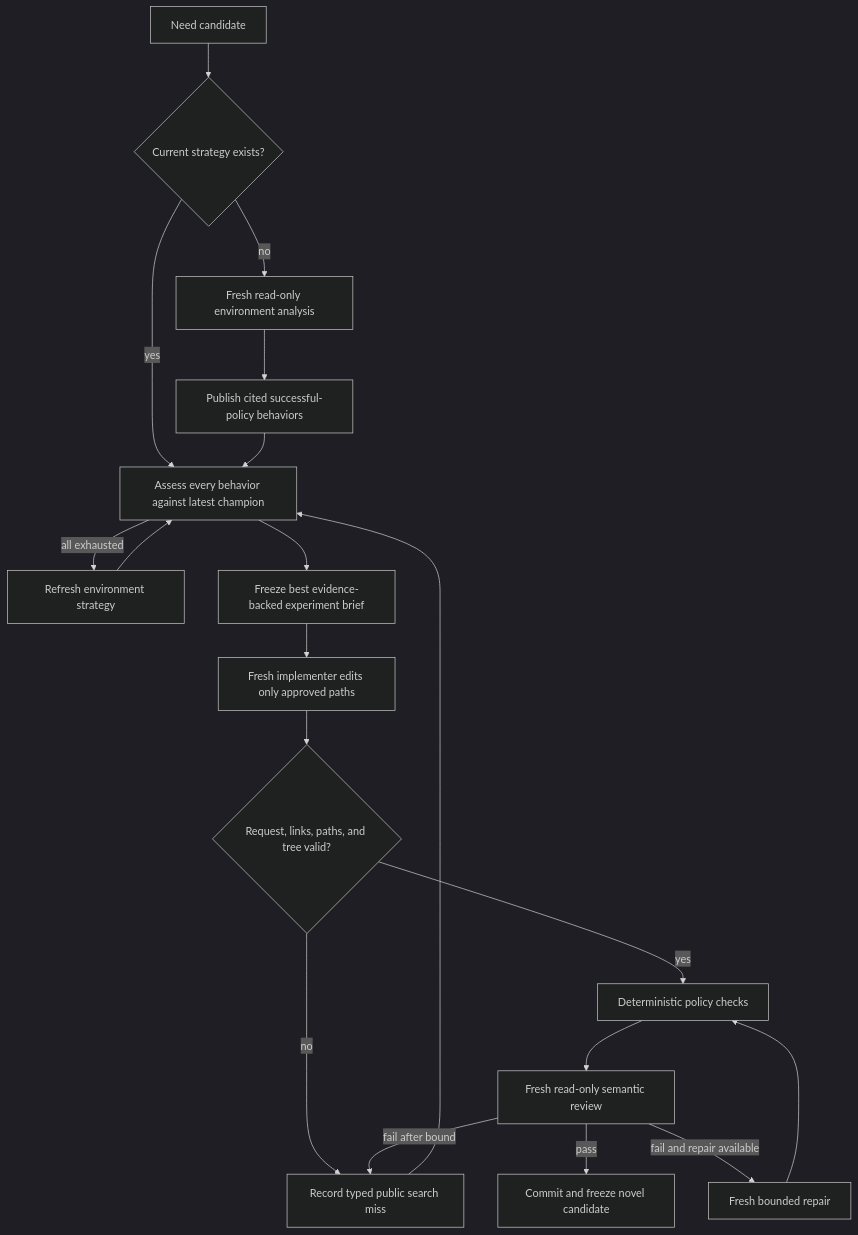
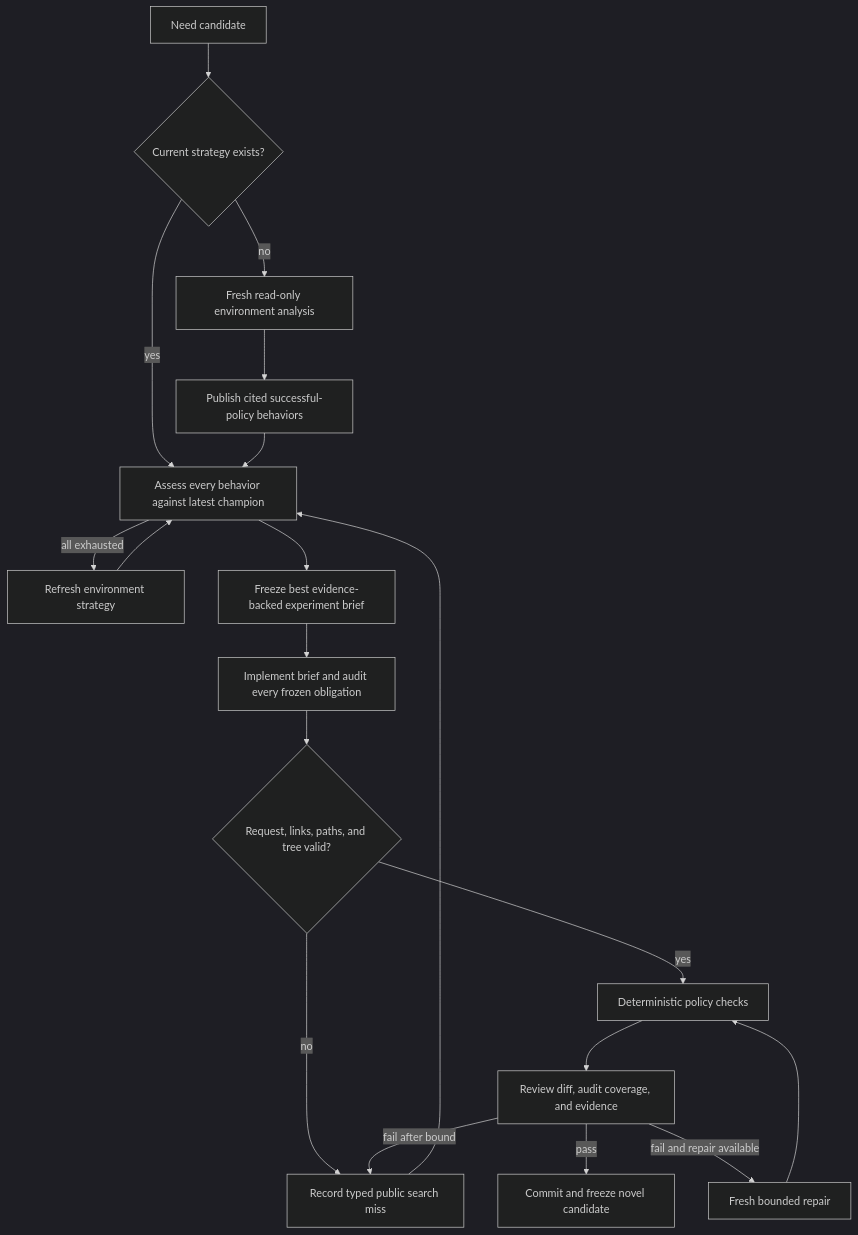
One commit to N00bcak/arctl changed the fourth of 7 diagrams in docs/design.md. Above: the diagram before and after it, drawn with Mermaid (dark theme). The commit also changed other lines of this file and 15 other files, not shown here.

````diff
--- a/docs/design.md
+++ b/docs/design.md
@@ -165,21 +165,21 @@
 ```mermaid
 flowchart TD
     START[Need candidate] --> STRAT{Current strategy exists?}
     STRAT -->|no| ANALYZE[Fresh read-only environment analysis]
     STRAT -->|yes| PLAN
     ANALYZE --> BEHAVIOR[Publish cited successful-policy behaviors]
     BEHAVIOR --> PLAN[Assess every behavior against latest champion]
     PLAN -->|all exhausted| REFRESH[Refresh environment strategy]
     REFRESH --> PLAN
     PLAN --> REQUEST[Freeze best evidence-backed experiment brief]
-    REQUEST --> EDIT[Fresh implementer edits only approved paths]
+    REQUEST --> EDIT[Implement brief and audit every frozen obligation]
     EDIT --> VALIDATE{Request, links, paths, and tree valid?}
     VALIDATE -->|no| MISS[Record typed public search miss]
     VALIDATE -->|yes| GUARD[Deterministic policy checks]
-    GUARD --> REVIEW[Fresh read-only semantic review]
+    GUARD --> REVIEW[Review diff, audit coverage, and evidence]
     REVIEW -->|pass| FREEZE[Commit and freeze novel candidate]
     REVIEW -->|fail and repair available| REPAIR[Fresh bounded repair]
     REPAIR --> GUARD
     REVIEW -->|fail after bound| MISS
     MISS --> PLAN
 ```
````
